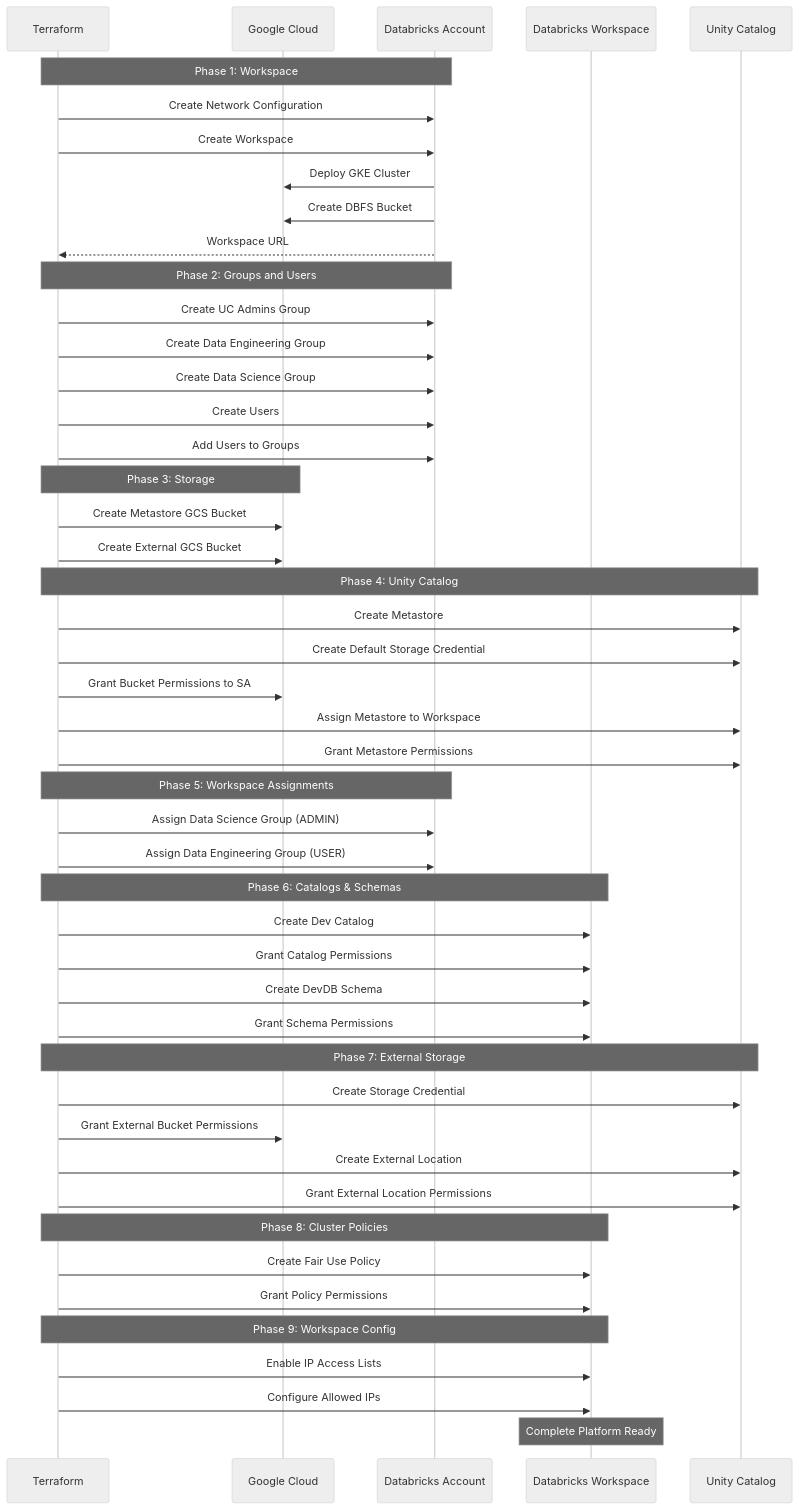
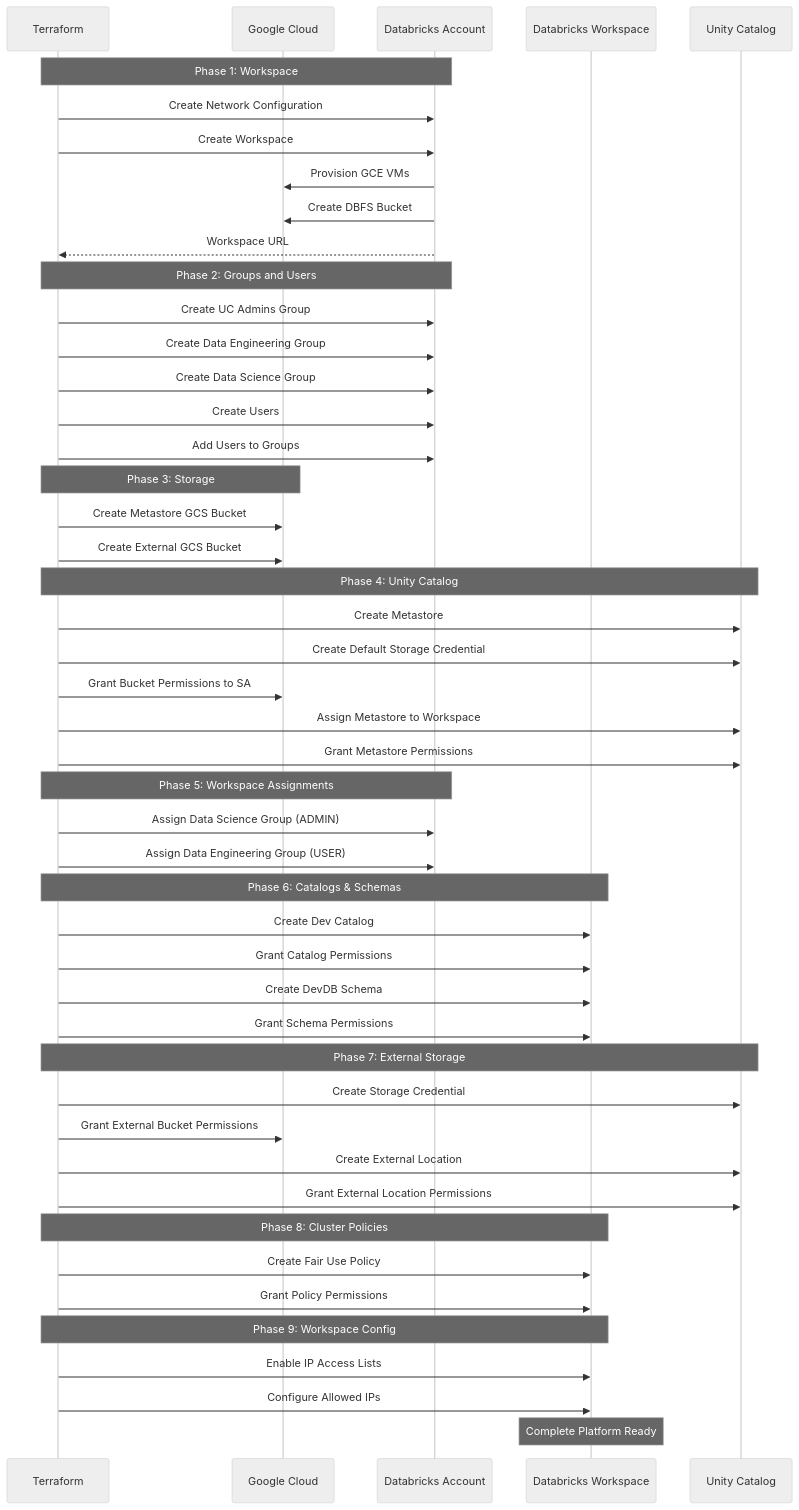
The second of 2 diagrams in gcpdb4u/templates/terraform-scripts/end2end/README.md (bhavink/databricks), drawn with Mermaid (neutral theme) before and after one commit. The commit also changed other lines of this file and 11 other files, not shown here.

First line of the commit message:
docs(gcpdb4u): remove GKE refs; classic compute is now GCE-based

````diff
--- a/gcpdb4u/templates/terraform-scripts/end2end/README.md
+++ b/gcpdb4u/templates/terraform-scripts/end2end/README.md
@@ -556,59 +556,59 @@
 ```mermaid
 sequenceDiagram
     participant TF as Terraform
     participant GCP as Google Cloud
     participant DB_ACC as Databricks Account
     participant DB_WS as Databricks Workspace
     participant UC as Unity Catalog
 
     Note over TF,DB_ACC: Phase 1: Workspace
     TF->>DB_ACC: Create Network Configuration
     TF->>DB_ACC: Create Workspace
-    DB_ACC->>GCP: Deploy GKE Cluster
+    DB_ACC->>GCP: Provision GCE VMs
     DB_ACC->>GCP: Create DBFS Bucket
     DB_ACC-->>TF: Workspace URL
 
     Note over TF,DB_ACC: Phase 2: Groups and Users
     TF->>DB_ACC: Create UC Admins Group
     TF->>DB_ACC: Create Data Engineering Group
     TF->>DB_ACC: Create Data Science Group
     TF->>DB_ACC: Create Users
     TF->>DB_ACC: Add Users to Groups
 
     Note over TF,GCP: Phase 3: Storage
     TF->>GCP: Create Metastore GCS Bucket
     TF->>GCP: Create External GCS Bucket
 
     Note over TF,UC: Phase 4: Unity Catalog
     TF->>UC: Create Metastore
     TF->>UC: Create Default Storage Credential
     TF->>GCP: Grant Bucket Permissions to SA
     TF->>UC: Assign Metastore to Workspace
     TF->>UC: Grant Metastore Permissions
 
     Note over TF,DB_ACC: Phase 5: Workspace Assignments
     TF->>DB_ACC: Assign Data Science Group (ADMIN)
     TF->>DB_ACC: Assign Data Engineering Group (USER)
 
     Note over TF,DB_WS: Phase 6: Catalogs & Schemas
     TF->>DB_WS: Create Dev Catalog
     TF->>DB_WS: Grant Catalog Permissions
     TF->>DB_WS: Create DevDB Schema
     TF->>DB_WS: Grant Schema Permissions
 
     Note over TF,UC: Phase 7: External Storage
     TF->>UC: Create Storage Credential
     TF->>GCP: Grant External Bucket Permissions
     TF->>UC: Create External Location
     TF->>UC: Grant External Location Permissions
 
     Note over TF,DB_WS: Phase 8: Cluster Policies
     TF->>DB_WS: Create Fair Use Policy
     TF->>DB_WS: Grant Policy Permissions
 
     Note over TF,DB_WS: Phase 9: Workspace Config
     TF->>DB_WS: Enable IP Access Lists
     TF->>DB_WS: Configure Allowed IPs
 
     Note over DB_WS: Complete Platform Ready
 ```
````
